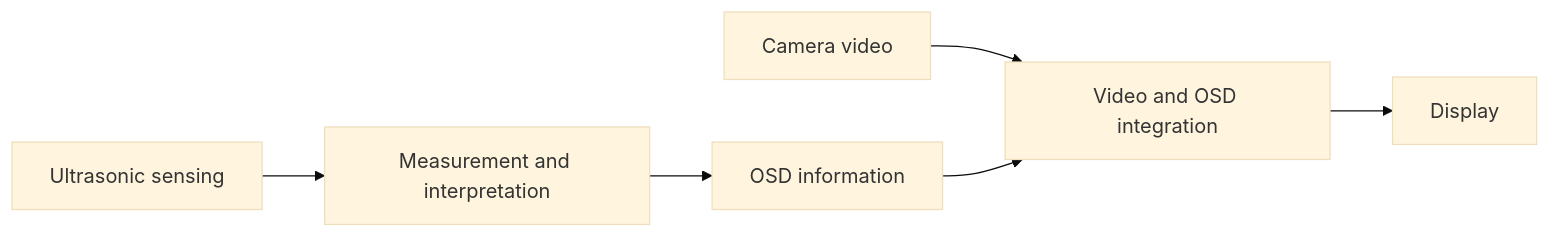
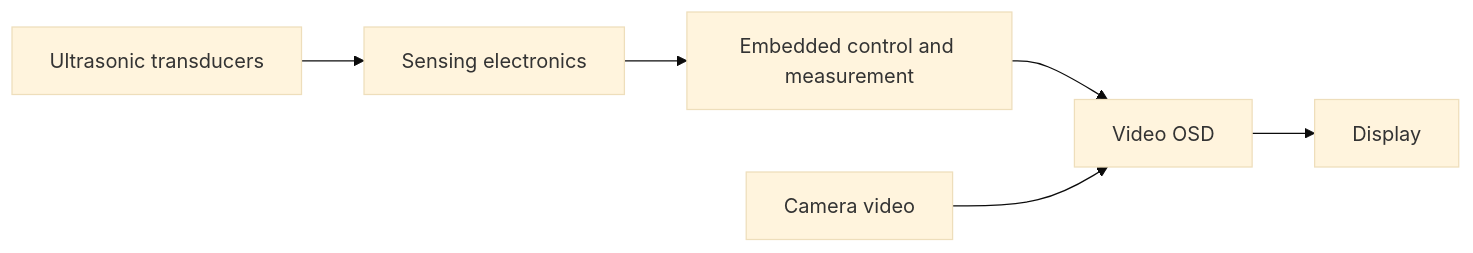
One commit to AndreGomesGIT/ultrasonic-parking-assistance-osd changed the diagram in README.md. Above: the diagram before and after it, drawn with Mermaid (base theme). The commit also changed other lines of this file and 2 other files, not shown here.

````diff
--- a/README.md
+++ b/README.md
@@ -18,8 +37,8 @@
 ```mermaid
 flowchart LR
-    A[Ultrasonic sensing] --> B[Measurement and interpretation]
-    B --> C[OSD information]
-    V[Camera video] --> D[Video and OSD integration]
-    C --> D
+    A[Ultrasonic transducers] --> B[Sensing electronics]
+    B --> C[Embedded control and measurement]
+    C --> D[Video OSD]
+    V[Camera video] --> D
     D --> E[Display]
 ```
````
